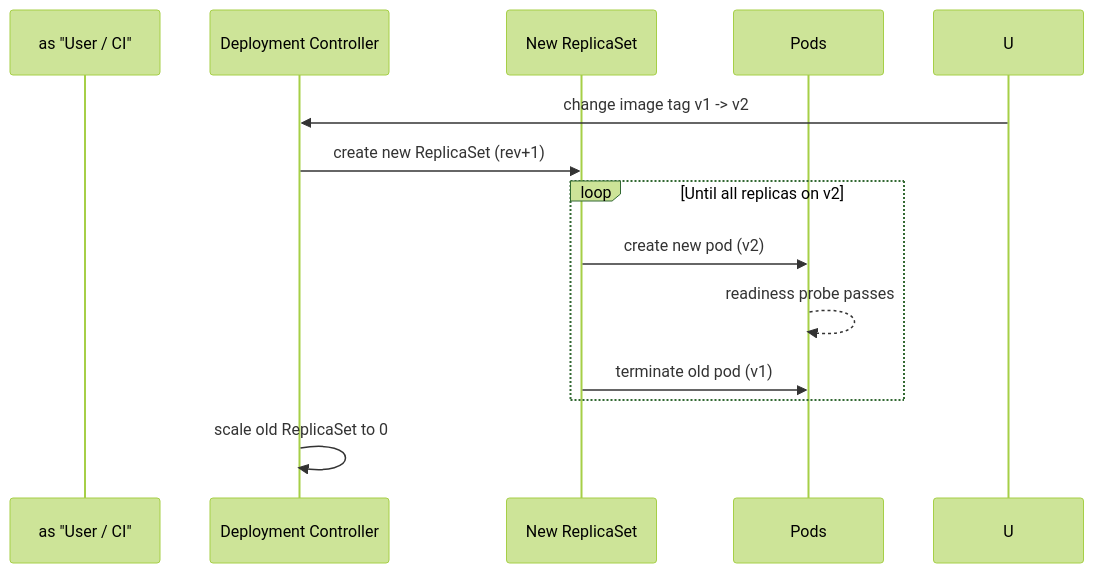
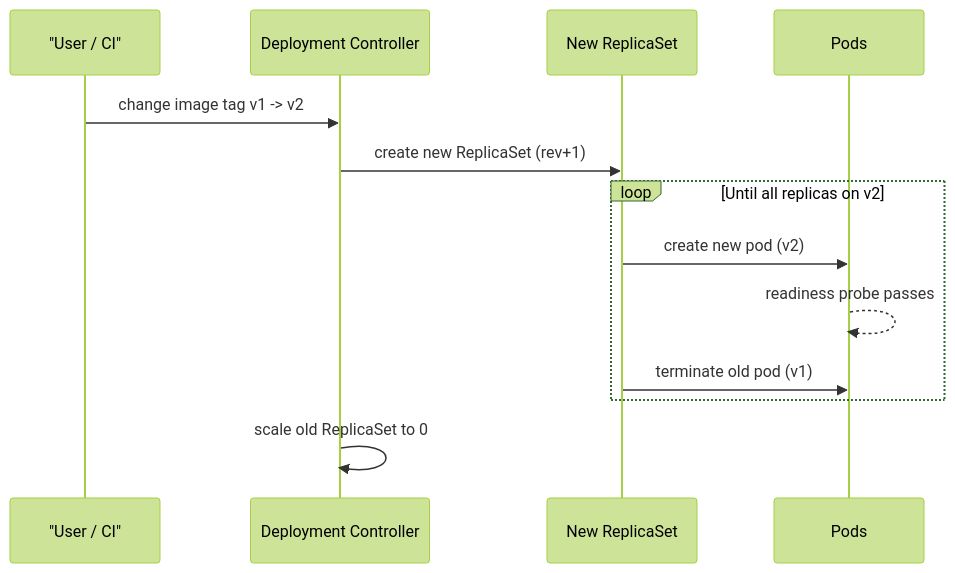
One commit to hareramcse/SystemDesign changed diagram 30 of 47 in 11-cloud-and-kubernetes/README.md. Above: the diagram before and after it, drawn with Mermaid (forest theme). The commit also changed other lines of this file and 6 other files, not shown here.

````diff
--- a/11-cloud-and-kubernetes/README.md
+++ b/11-cloud-and-kubernetes/README.md
@@ -1503,16 +1503,16 @@
 ```mermaid
 sequenceDiagram
-    participant  as "User / CI"
+    participant U as "User / CI"
     participant D as Deployment Controller
     participant RS as New ReplicaSet
     participant P as Pods
 
     U->>D: change image tag v1 -> v2
     D->>RS: create new ReplicaSet (rev+1)
     loop Until all replicas on v2
         RS->>P: create new pod (v2)
         P-->>P: readiness probe passes
         RS->>P: terminate old pod (v1)
     end
     D->>D: scale old ReplicaSet to 0
 ```
````
